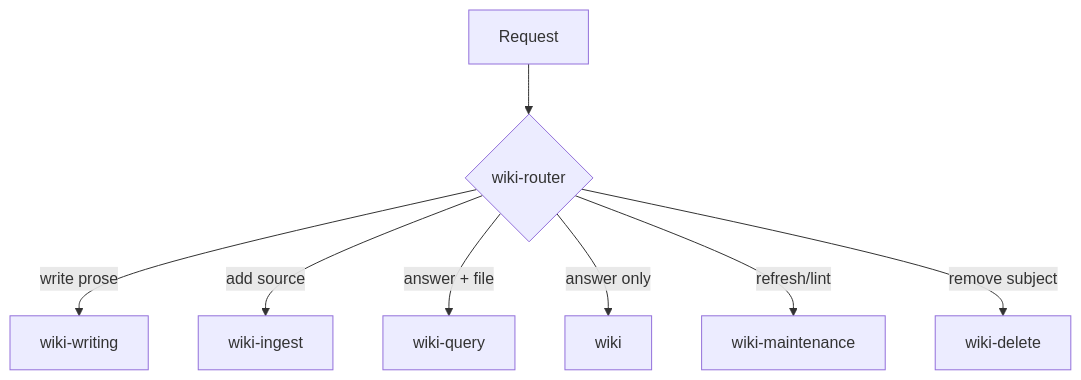
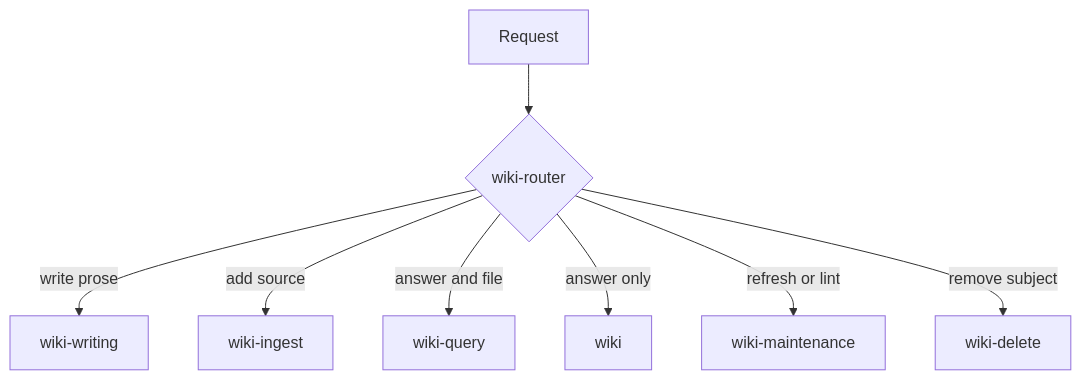
The third of 4 diagrams in README.md (jonyfs/llm-wiki-template), drawn with Mermaid before and after one commit. The commit also changed other lines of this file, not shown here.

````diff
--- a/README.md
+++ b/README.md
@@ -82,10 +113,10 @@
 ```mermaid
 flowchart TD
     R[Request] --> ROUTER{wiki-router}
     ROUTER -->|write prose| WW[wiki-writing]
     ROUTER -->|add source| WI[wiki-ingest]
-    ROUTER -->|answer + file| WQ[wiki-query]
+    ROUTER -->|answer and file| WQ[wiki-query]
     ROUTER -->|answer only| W[wiki]
-    ROUTER -->|refresh/lint| WM[wiki-maintenance]
+    ROUTER -->|refresh or lint| WM[wiki-maintenance]
     ROUTER -->|remove subject| WD[wiki-delete]
 ```
````
